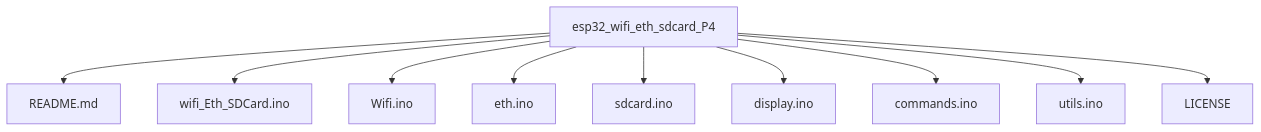
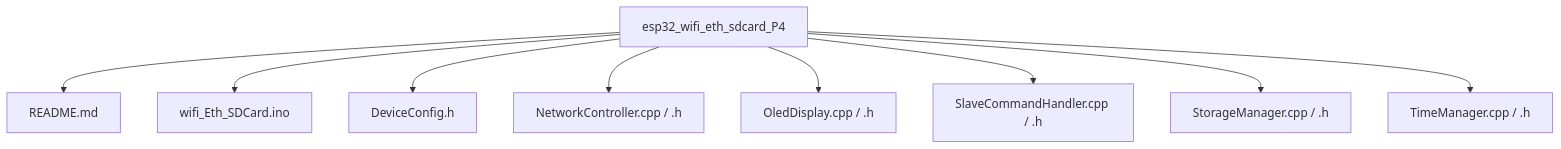
One commit to paulocfmarques-collab/esp32_wifi_eth_sdcard_P4 changed the sixth of 6 diagrams in README.md. Above: the diagram before and after it, drawn with Mermaid. The commit also changed other lines of this file, not shown here.

````diff
--- a/README.md
+++ b/README.md
@@ -408,15 +413,14 @@
 ```mermaid
 flowchart TD
 
     ROOT[esp32_wifi_eth_sdcard_P4]
 
     ROOT --> README[README.md]
     ROOT --> MAIN[wifi_Eth_SDCard.ino]
-    ROOT --> WIFI[Wifi.ino]
-    ROOT --> ETH[eth.ino]
-    ROOT --> SDCARD[sdcard.ino]
-    ROOT --> DISPLAY[display.ino]
-    ROOT --> COMMANDS[commands.ino]
-    ROOT --> UTILS[utils.ino]
-    ROOT --> LICENSE[LICENSE]
+    ROOT --> DEVICE[DeviceConfig.h]
+    ROOT --> NETWORK[NetworkController.cpp / .h]
+    ROOT --> OLED[OledDisplay.cpp / .h]
+    ROOT --> SLAVE[SlaveCommandHandler.cpp / .h]
+    ROOT --> STORAGE[StorageManager.cpp / .h]
+    ROOT --> TIME[TimeManager.cpp / .h]
 ```
````
